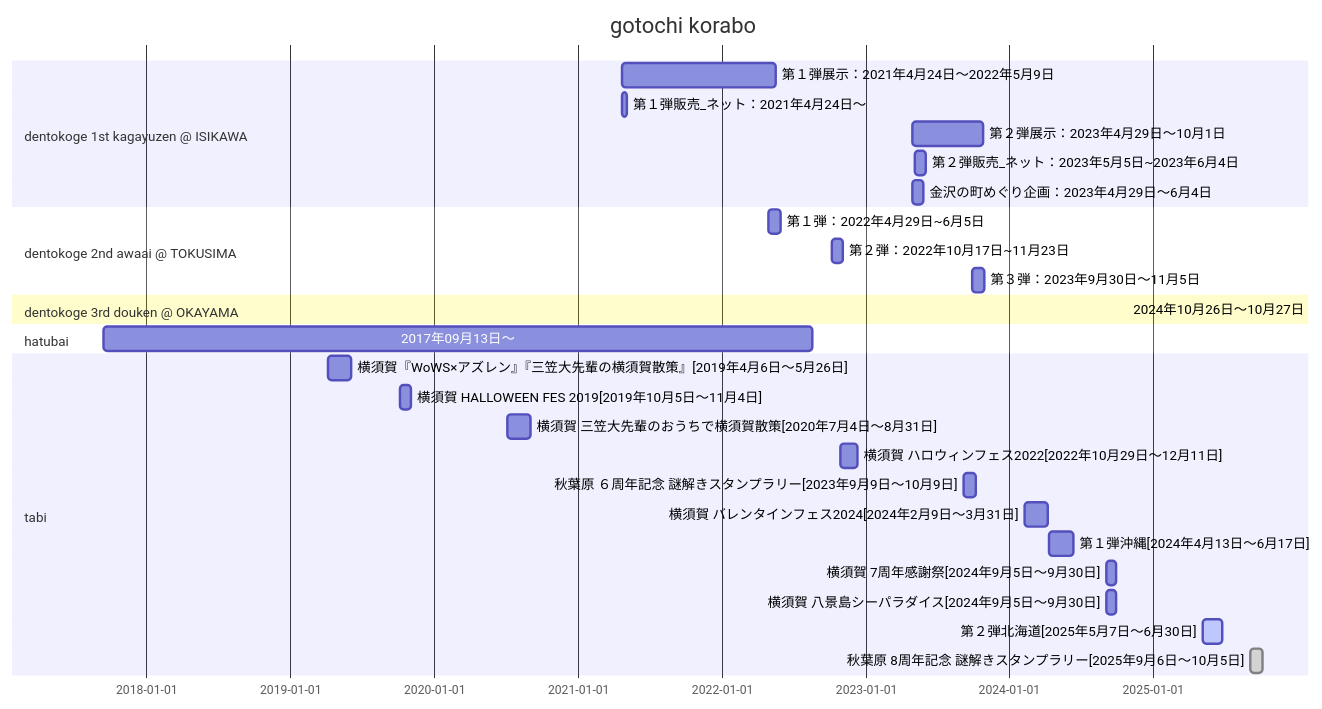
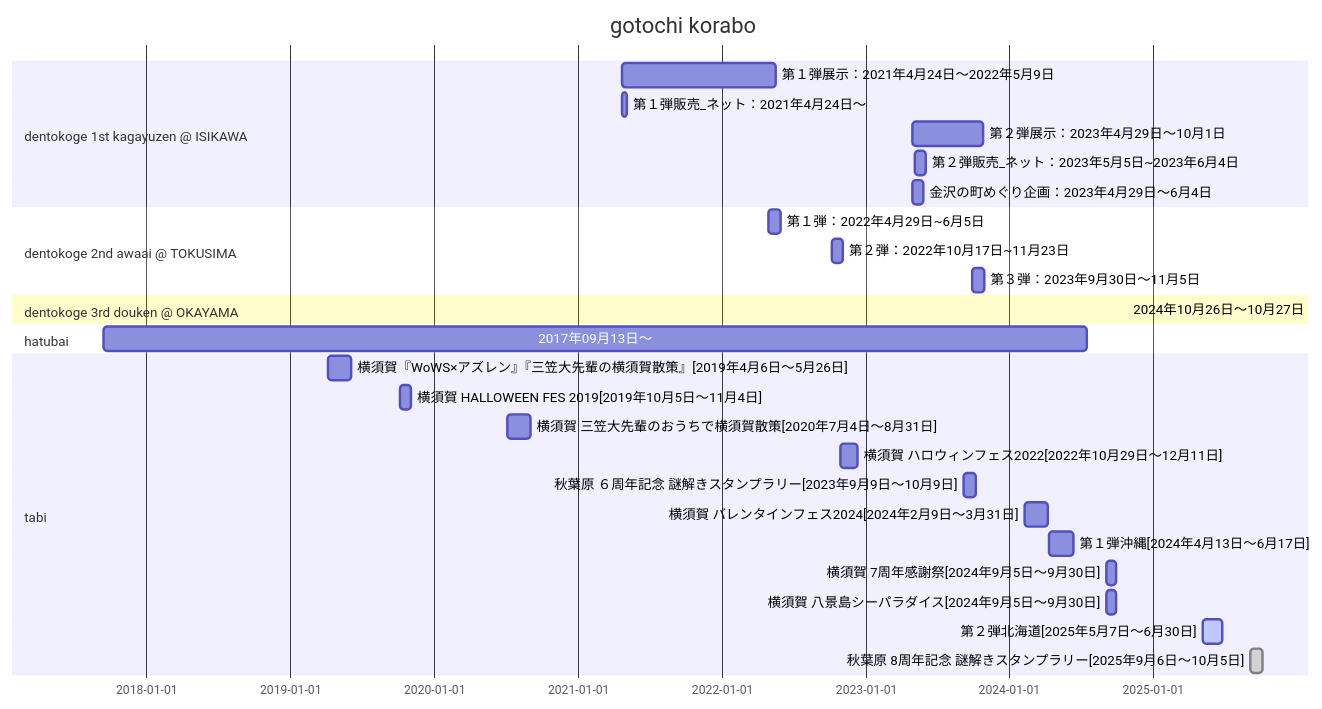
The diagram in 정리_세계시간.md (JihongNMI/SQL-and-Java), drawn with Mermaid before and after one commit.

````diff
--- a/정리_세계시간.md
+++ b/정리_세계시간.md
@@ -1,43 +1,43 @@
 ```mermaid
 gantt
     title gotochi korabo
     dateFormat  YYYY-MM-DD
 
     section dentokoge 1st kagayuzen @ ISIKAWA
     第１弾展示：2021年4月24日～2022年5月9日    :    2021-04-24, 390d
     第１弾販売_ネット：2021年4月24日～    :    2021-04-24, 10d
     
     第２弾展示：2023年4月29日～10月1日    :    2023-04-29, 180d
     第２弾販売_ネット：2023年5月5日~2023年6月4日    :    2023-05-05, 30d
     金沢の町めぐり企画：2023年4月29日～6月4日    :    2023-04-29, 30d
 
     section dentokoge 2nd awaai @ TOKUSIMA
     第１弾：2022年4月29日~6月5日    :    2022-04-29, 30d
     第２弾：2022年10月17日~11月23日    :    2022-10-07, 30d
     第３弾：2023年9月30日～11月5日    :    2023-09-30, 30d
 
     section dentokoge 3rd douken @ OKAYAMA
     2024年10月26日～10月27日    :    2024-10-26, 2d
 
     section hatubai
-    2017年09月13日～    :    2017-09-13, 1800d
+    2017年09月13日～    :    2017-09-13, 2500d
 
     section tabi
     横須賀『WoWS×アズレン』『三笠大先輩の横須賀散策』[2019年4月6日～5月26日]    :    2019-04-06, 60d
     横須賀 HALLOWEEN FES 2019[2019年10月5日～11月4日]    :    2019-10-05, 30d
 
     横須賀 三笠大先輩のおうちで横須賀散策[2020年7月4日～8月31日]    :    2020-07-04, 60d
 
     横須賀 ハロウィンフェス2022[2022年10月29日～12月11日]    :    2022-10-29, 45d
 
     秋葉原 ６周年記念 謎解きスタンプラリー[2023年9月9日～10月9日]    :    2023-09-09, 30d
 
     横須賀 バレンタインフェス2024[2024年2月9日～3月31日]    :    2024-02-09, 60d
     第１弾沖縄[2024年4月13日～6月17日]    :    2024-04-13, 60d
     横須賀 7周年感謝祭[2024年9月5日～9月30日]    :    2024-09-05, 25d
     横須賀 八景島シーパラダイス[2024年9月5日～9月30日]    :    2024-09-05, 25d
 
     第２弾北海道[2025年5月7日～6月30日]    :    active, 2025-05-07, 50d
     秋葉原 8周年記念 謎解きスタンプラリー[2025年9月6日～10月5日]    :    done, 2025-09-06, 30d
 
 ```
````
